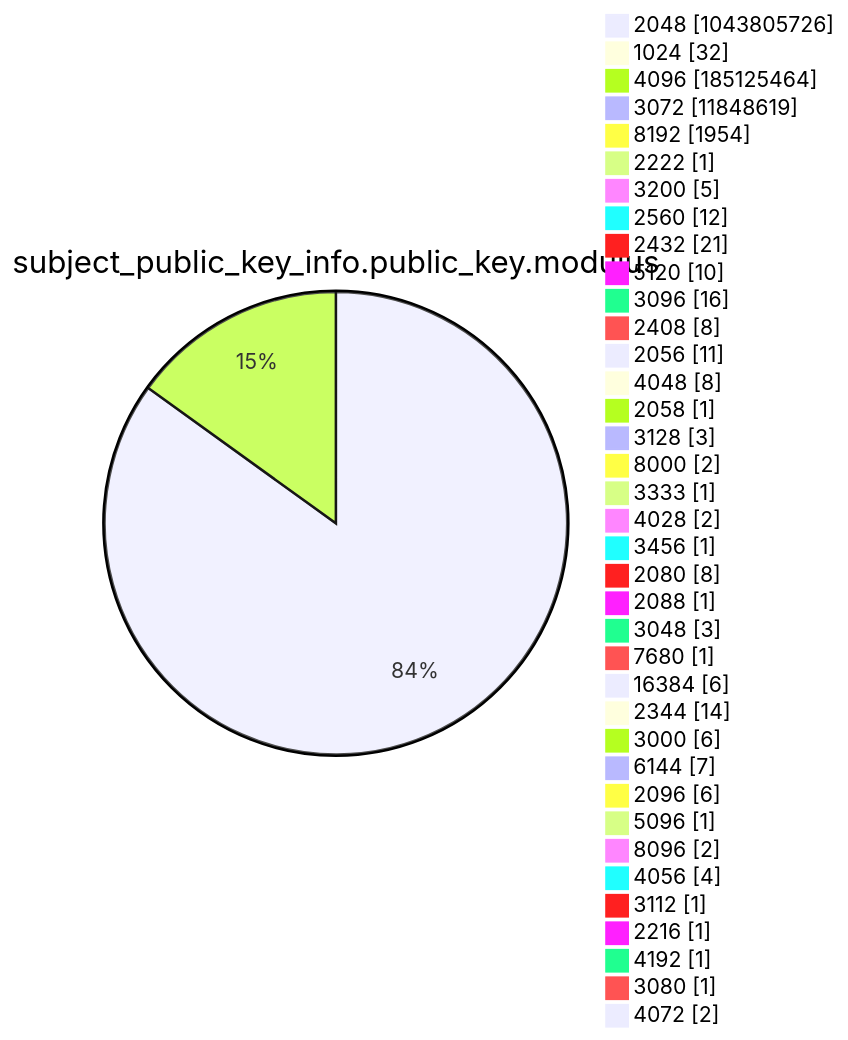
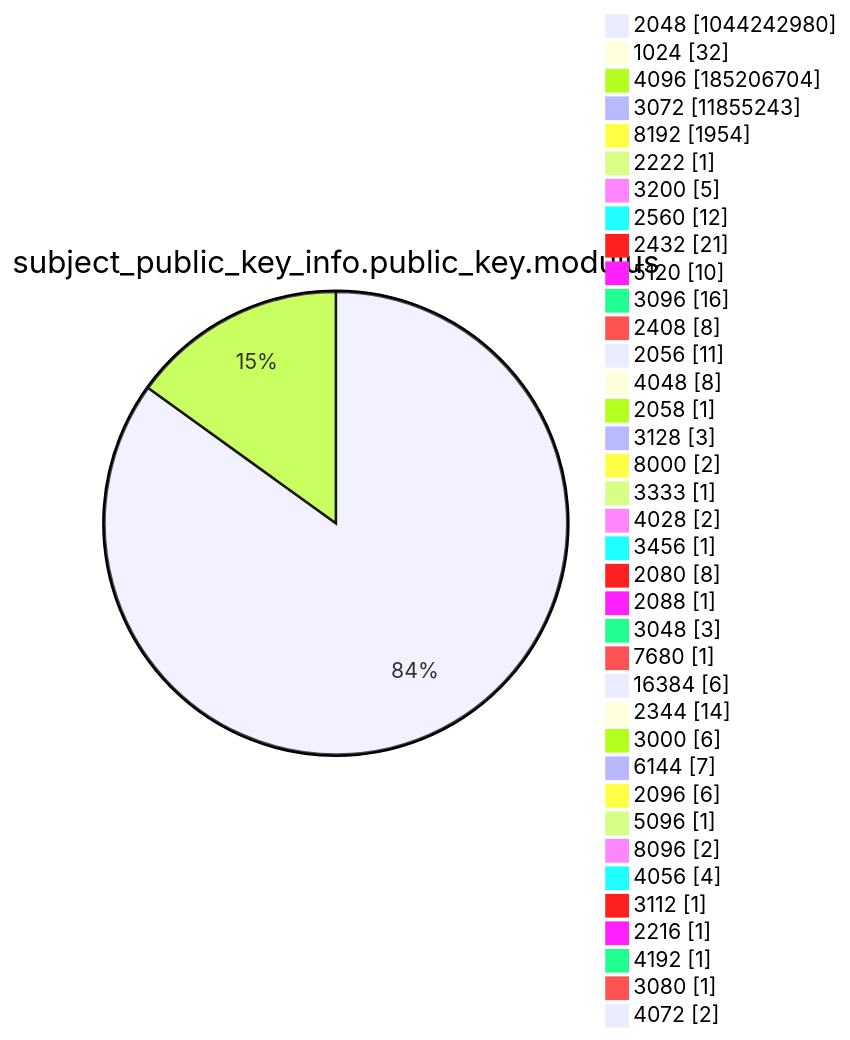
One commit to christiankrug/ctmonitor_visualization changed diagram 13 of 15 in argon2022/README.md. Above: the diagram before and after it, drawn with Mermaid. The commit also changed other lines of this file, not shown here.

````diff
--- a/argon2022/README.md
+++ b/argon2022/README.md
@@ -3589,41 +3589,41 @@
 ```mermaid
 pie showData
 title subject_public_key_info.public_key.modulus
-"2048" :1043805726
+"2048" :1044242980
 "1024" :32
-"4096" :185125464
-"3072" :11848619
+"4096" :185206704
+"3072" :11855243
 "8192" :1954
 "2222" :1
 "3200" :5
 "2560" :12
 "2432" :21
 "5120" :10
 "3096" :16
 "2408" :8
 "2056" :11
 "4048" :8
 "2058" :1
 "3128" :3
 "8000" :2
 "3333" :1
 "4028" :2
 "3456" :1
 "2080" :8
 "2088" :1
 "3048" :3
 "7680" :1
 "16384" :6
 "2344" :14
 "3000" :6
 "6144" :7
 "2096" :6
 "5096" :1
 "8096" :2
 "4056" :4
 "3112" :1
 "2216" :1
 "4192" :1
 "3080" :1
 "4072" :2
 ```
````
